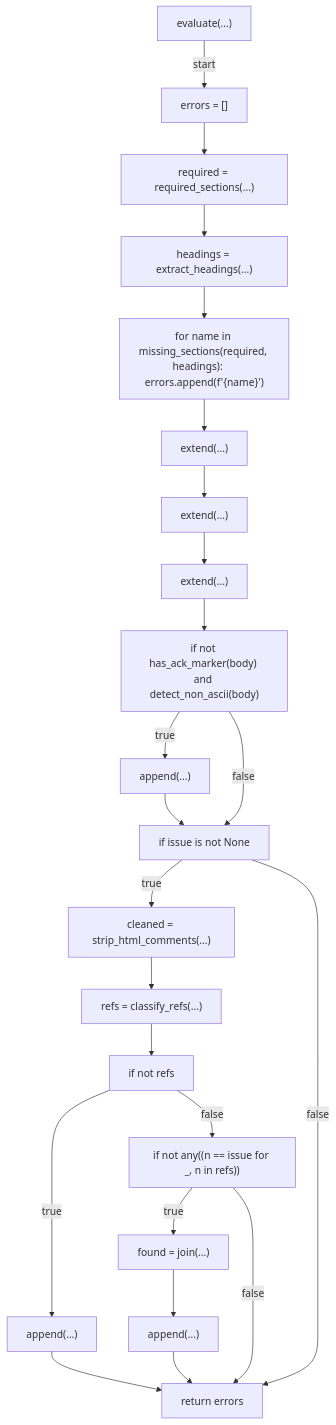
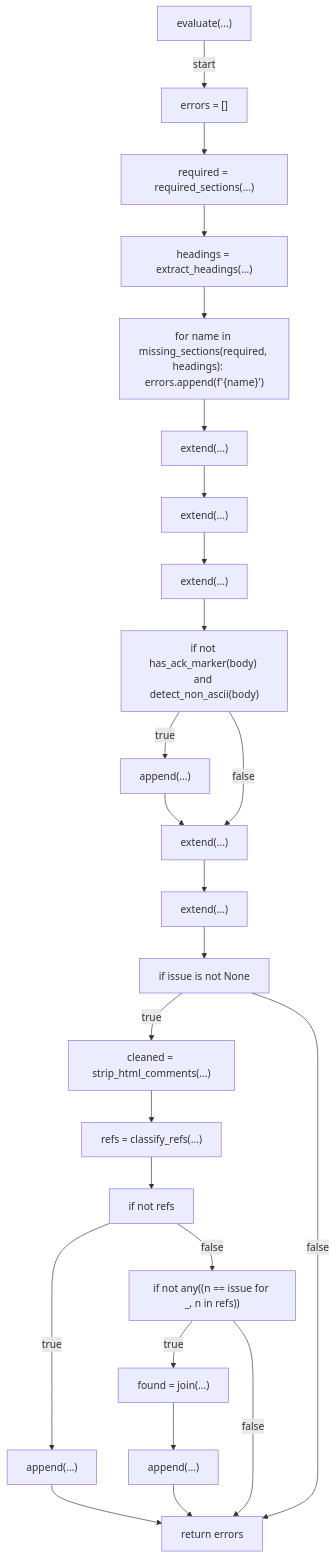
Before and after one commit to tvna/claude-md: the second of 3 diagrams in docs/generated/scripts/ast/preflight_pr_body.md, drawn with Mermaid. The commit also changed 2 other files, not shown here.

Commit message:
docs(generated): regenerate decision tree and workflow diagrams
Refs #960

````diff
--- a/docs/generated/scripts/ast/preflight_pr_body.md
+++ b/docs/generated/scripts/ast/preflight_pr_body.md
@@ -18,44 +18,48 @@
 ```mermaid
 flowchart TD
     N001["evaluate(...)"]
     N002["errors = []"]
     N003["required = required_sections(...)"]
     N004["headings = extract_headings(...)"]
     N005["for name in missing_sections(required, headings):     errors.append(f'<str>{name}<str>')"]
     N006["extend(...)"]
     N007["extend(...)"]
     N008["extend(...)"]
     N009["if not has_ack_marker(body) and detect_non_ascii(body)"]
     N010["append(...)"]
-    N011["if issue is not None"]
-    N012["cleaned = strip_html_comments(...)"]
-    N013["refs = classify_refs(...)"]
-    N014["if not refs"]
-    N015["append(...)"]
-    N016["if not any((n == issue for _, n in refs))"]
-    N017["found = join(...)"]
-    N018["append(...)"]
-    N019["return errors"]
+    N011["extend(...)"]
+    N012["extend(...)"]
+    N013["if issue is not None"]
+    N014["cleaned = strip_html_comments(...)"]
+    N015["refs = classify_refs(...)"]
+    N016["if not refs"]
+    N017["append(...)"]
+    N018["if not any((n == issue for _, n in refs))"]
+    N019["found = join(...)"]
+    N020["append(...)"]
+    N021["return errors"]
     N001 -->|"start"| N002
     N002 --> N003
     N003 --> N004
     N004 --> N005
     N005 --> N006
     N006 --> N007
     N007 --> N008
     N008 --> N009
     N009 -->|"true"| N010
     N010 --> N011
     N009 -->|"false"| N011
-    N011 -->|"true"| N012
+    N011 --> N012
     N012 --> N013
-    N013 --> N014
-    N014 -->|"true"| N015
-    N014 -->|"false"| N016
+    N013 -->|"true"| N014
+    N014 --> N015
+    N015 --> N016
     N016 -->|"true"| N017
-    N017 --> N018
-    N015 --> N019
-    N018 --> N019
-    N016 -->|"false"| N019
-    N011 -->|"false"| N019
+    N016 -->|"false"| N018
+    N018 -->|"true"| N019
+    N019 --> N020
+    N017 --> N021
+    N020 --> N021
+    N018 -->|"false"| N021
+    N013 -->|"false"| N021
 ```
````
